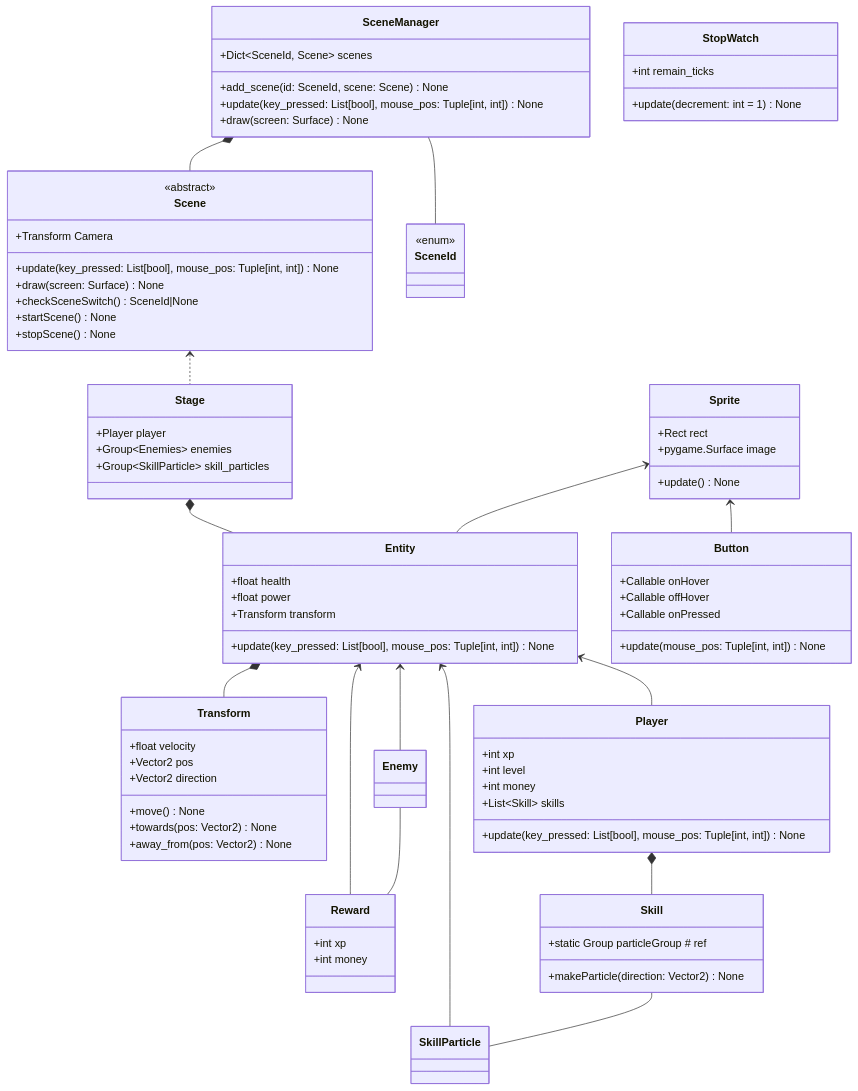
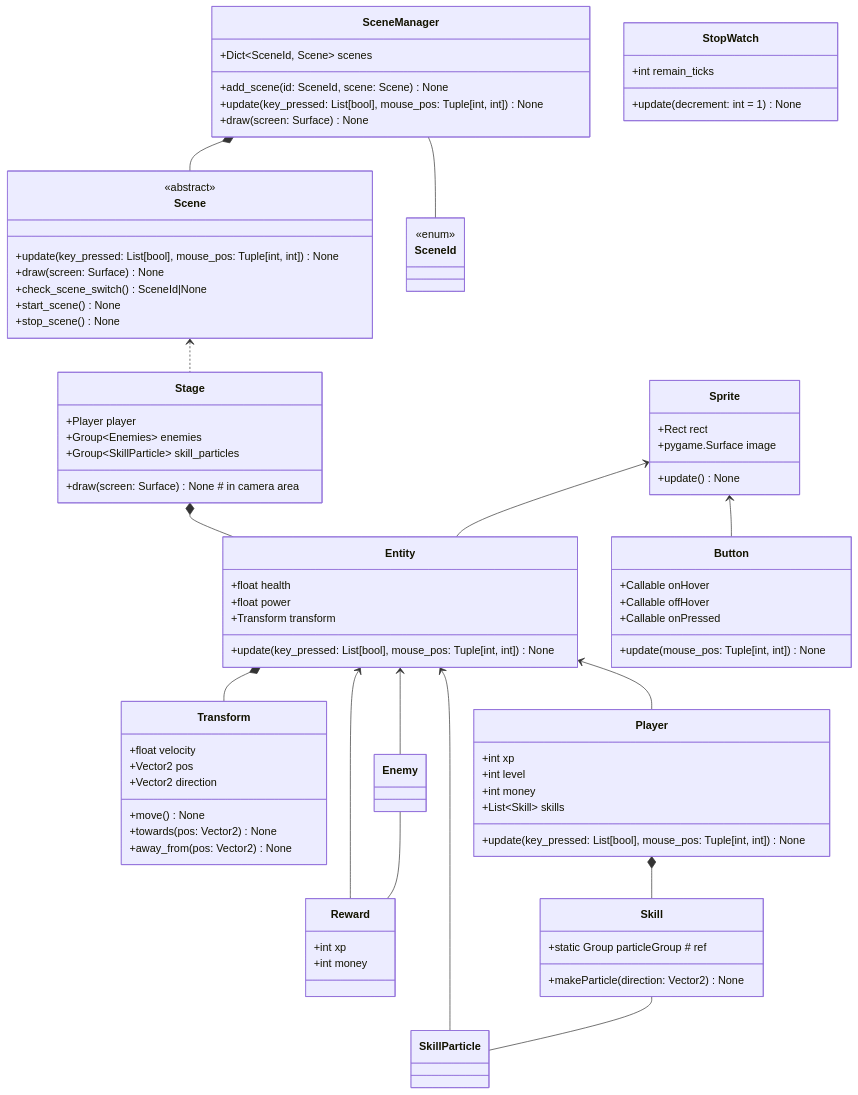
The diagram in uml.md (tteokgook1g/salmon_game), drawn with Mermaid before and after one commit. The commit also changed 11 other files, not shown here.

Commit message:
add black start_scene

```diff
--- a/uml.md
+++ b/uml.md
@@ -13,13 +13,11 @@
 SceneManager--SceneId
 
 class Scene{
-    +Transform Camera
-    
     +update(key_pressed: List[bool], mouse_pos: Tuple[int, int]) None
     +draw(screen: Surface) None
-    +checkSceneSwitch() SceneId|None
-    +startScene() None
-    +stopScene() None
+    +check_scene_switch() SceneId|None
+    +start_scene() None
+    +stop_scene() None
 }
 <<abstract>> Scene
 
@@ -30,6 +28,8 @@
     +Player player
     +Group~Enemies~ enemies
     +Group~SkillParticle~ skill_particles
+
+    +draw(screen: Surface) None # in camera area
 }
 Scene<..Stage
 Stage*--Entity
```
